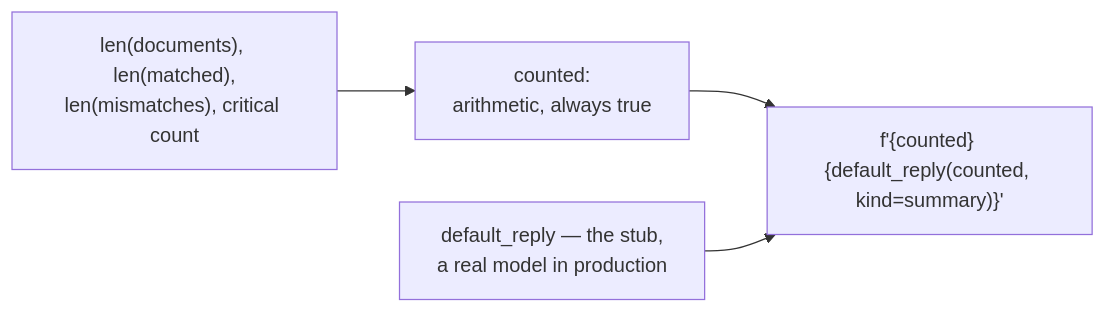
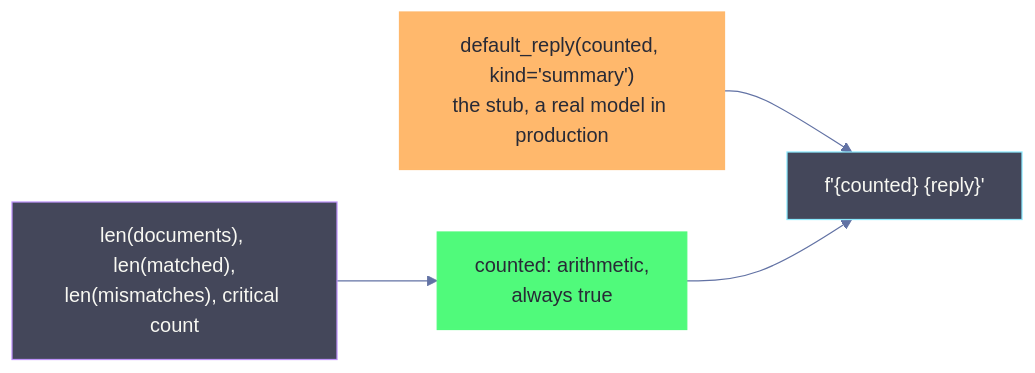
One commit to selvakumarperumal/tfd_prototype changed diagram 19 of 39 in API_FLOW.md. Above: the diagram before and after it, drawn with Mermaid. The commit also changed other lines of this file, not shown here.

Commit message:
Update API flow documentation

````diff
--- a/API_FLOW.md
+++ b/API_FLOW.md
@@ -466,6 +664,15 @@
 ```mermaid
+%%{init:{'theme':'base','themeVariables':{'darkMode':true,'background':'#282a36','mainBkg':'#44475a','primaryColor':'#44475a','primaryTextColor':'#f8f8f2','primaryBorderColor':'#bd93f9','lineColor':'#6272a4','textColor':'#f8f8f2','nodeBorder':'#bd93f9','clusterBkg':'#21222c','clusterBorder':'#6272a4','edgeLabelBackground':'#282a36','actorBkg':'#44475a','actorBorder':'#bd93f9','actorTextColor':'#f8f8f2','actorLineColor':'#6272a4','signalColor':'#f8f8f2','signalTextColor':'#f8f8f2','noteBkgColor':'#414458','noteBorderColor':'#ffb86c','noteTextColor':'#f8f8f2','activationBkgColor':'#6272a4','activationBorderColor':'#bd93f9','labelBoxBkgColor':'#44475a','labelBoxBorderColor':'#bd93f9','labelTextColor':'#f8f8f2','loopTextColor':'#f8f8f2','sequenceNumberColor':'#282a36'}}}%%
 flowchart LR
-    A["len(documents), len(matched),<br/>len(mismatches), critical count"] --> B["counted:<br/>arithmetic, always true"]
-    B --> C["f'{counted} {default_reply(counted, kind=summary)}'"]
-    D["default_reply — the stub,<br/>a real model in production"] --> C
+    A["len(documents), len(matched),<br/>len(mismatches), critical count"] --> B["counted: arithmetic,<br/>always true"]
+    C["default_reply(counted, kind='summary')<br/>the stub, a real model in production"] --> D["f'{counted} {reply}'"]
+    B --> D
+
+    class B ok
+    class C warn
+    class D fn
+
+    classDef ok fill:#50fa7b,stroke:#50fa7b,color:#282a36
+    classDef warn fill:#ffb86c,stroke:#ffb86c,color:#282a36
+    classDef fn fill:#44475a,stroke:#8be9fd,color:#f8f8f2
 ```
````
